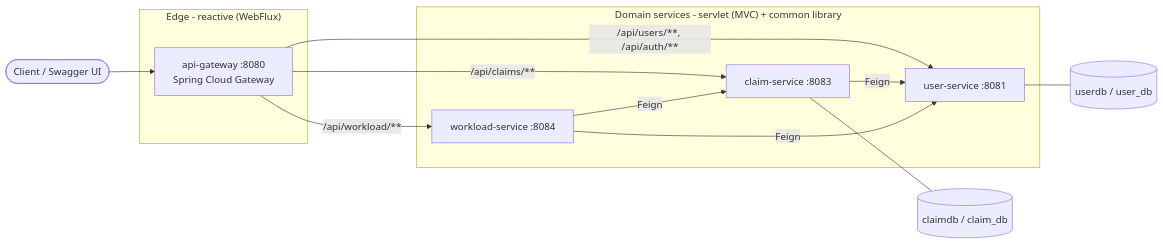
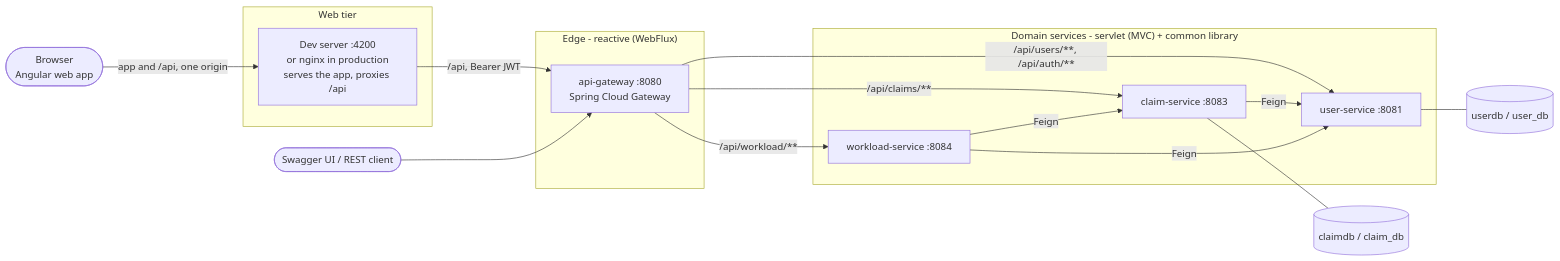
Before and after one commit to Sivasankar1814/Chubb_assessment: the first of 5 diagrams in architecture.md, drawn with Mermaid. The commit also changed other lines of this file and 12 other files, not shown here.

````diff
--- a/architecture.md
+++ b/architecture.md
@@ -26,27 +47,34 @@
 ```mermaid
 flowchart LR
-    client(["Client / Swagger UI"])
+    browser(["Browser<br/>Angular web app"])
+    client(["Swagger UI / REST client"])
+
+    subgraph web["Web tier"]
+        spa["Dev server :4200<br/>or nginx in production<br/>serves the app, proxies /api"]
+    end
 
     subgraph edge["Edge - reactive (WebFlux)"]
         gw["api-gateway :8080<br/>Spring Cloud Gateway"]
     end
 
     subgraph svc["Domain services - servlet (MVC) + common library"]
         user["user-service :8081"]
         claim["claim-service :8083"]
         workload["workload-service :8084"]
     end
 
     userdb[("userdb / user_db")]
     claimdb[("claimdb / claim_db")]
 
+    browser -->|"app and /api, one origin"| spa
+    spa -->|"/api, Bearer JWT"| gw
     client --> gw
     gw -->|"/api/users/**, /api/auth/**"| user
     gw -->|"/api/claims/**"| claim
     gw -->|"/api/workload/**"| workload
     claim -->|"Feign"| user
     workload -->|"Feign"| user
     workload -->|"Feign"| claim
     user --- userdb
     claim --- claimdb
 ```
````
